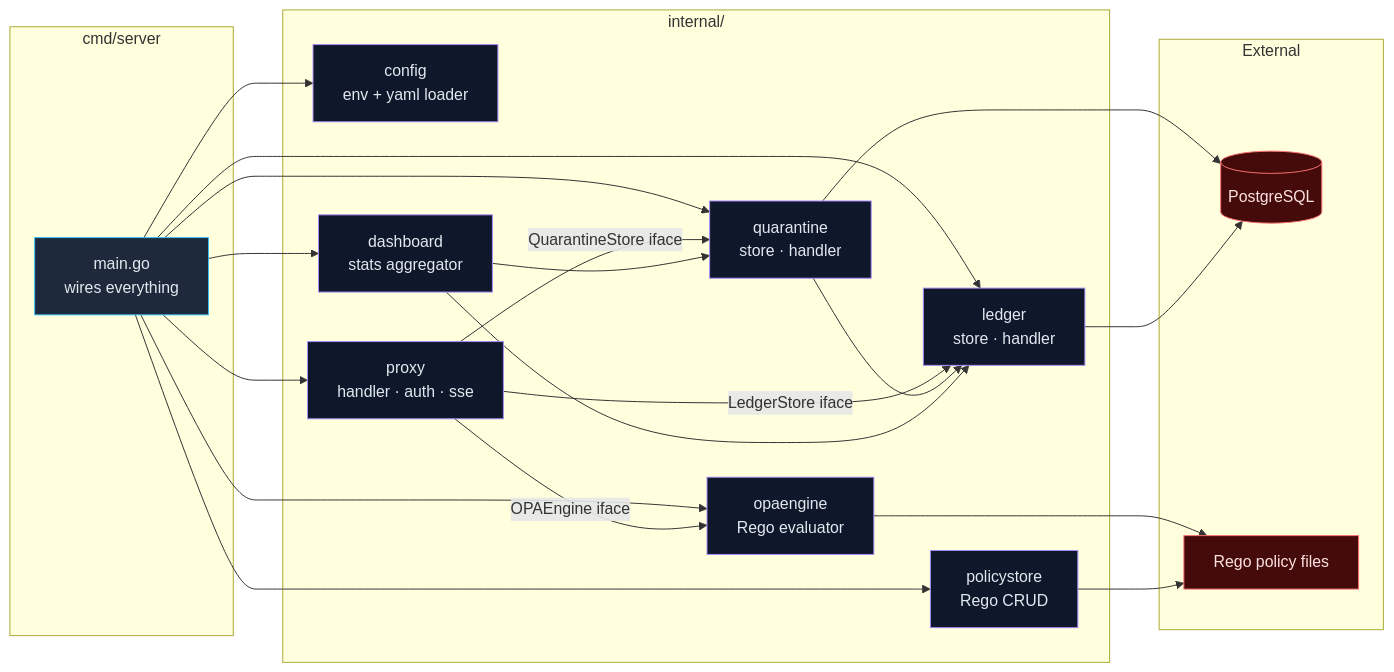
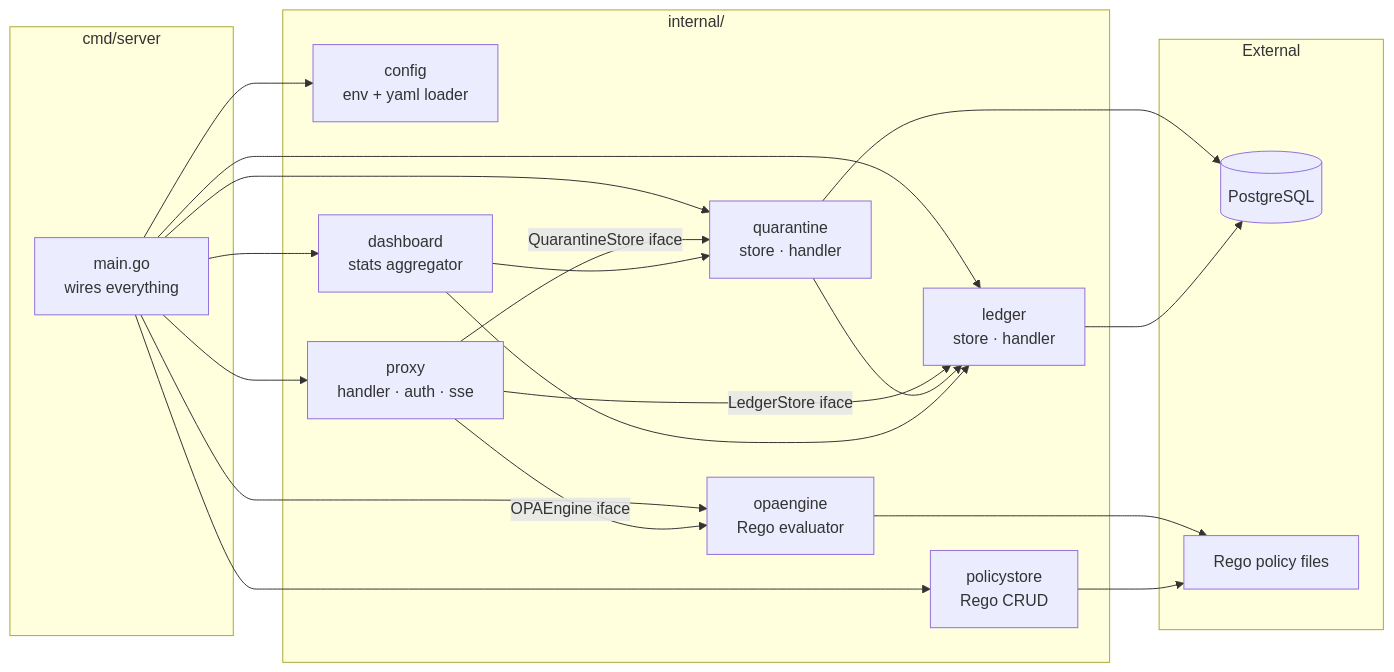
One commit to austinchima/KiteRail changed the third of 3 diagrams in docs/ARCHITECTURE.md. Above: the diagram before and after it, drawn with Mermaid. The commit also changed other lines of this file and 1 other file, not shown here.

Commit message:
docs: replace architecture doc with full design thesis

````diff
--- a/docs/ARCHITECTURE.md
+++ b/docs/ARCHITECTURE.md
@@ -56,50 +158,42 @@
 ```mermaid
 flowchart LR
     subgraph cmd["cmd/server"]
         MAIN[main.go<br/>wires everything]
     end
 
     subgraph internal["internal/"]
         CFG[config<br/>env + yaml loader]
         PROXY[proxy<br/>handler · auth · sse]
         OPA[opaengine<br/>Rego evaluator]
         PS[policystore<br/>Rego CRUD]
         Q[quarantine<br/>store · handler]
         LED[ledger<br/>store · handler]
         DASH[dashboard<br/>stats aggregator]
     end
 
     subgraph external["External"]
         PG[(PostgreSQL)]
         REGO[Rego policy files]
     end
 
     MAIN --> CFG
     MAIN --> PROXY
     MAIN --> OPA
     MAIN --> PS
     MAIN --> Q
     MAIN --> LED
     MAIN --> DASH
 
     PROXY -->|OPAEngine iface| OPA
     PROXY -->|QuarantineStore iface| Q
     PROXY -->|LedgerStore iface| LED
 
     Q --> LED
     DASH --> LED
     DASH --> Q
 
     OPA --> REGO
     PS --> REGO
     Q --> PG
     LED --> PG
-
-    classDef entry fill:#1e293b,stroke:#38bdf8,color:#e2e8f0
-    classDef pkg fill:#0f172a,stroke:#a78bfa,color:#e2e8f0
-    classDef ext fill:#450a0a,stroke:#f87171,color:#fee2e2
-
-    class MAIN entry
-    class CFG,PROXY,OPA,PS,Q,LED,DASH pkg
-    class PG,REGO ext
 ```
````
